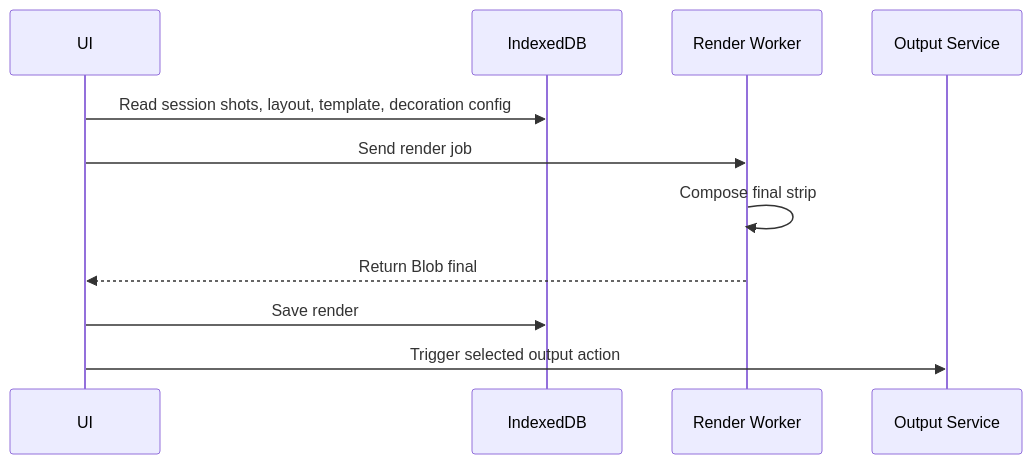
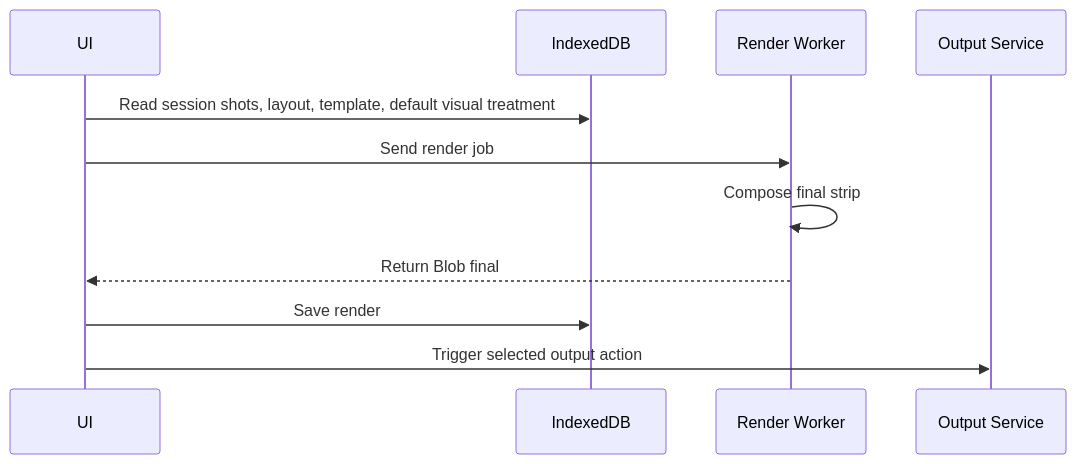
Before and after one commit to kungfufafa/SteCute: the fifth of 5 diagrams in docs/stecute-technical-design.md, drawn with Mermaid. The commit also changed other lines of this file and 55 other files, not shown here.

````diff
--- a/docs/stecute-technical-design.md
+++ b/docs/stecute-technical-design.md
@@ -598,14 +608,14 @@
 ```mermaid
 sequenceDiagram
     participant UI as UI
     participant DB as IndexedDB
     participant RW as Render Worker
     participant OUT as Output Service
 
-    UI->>DB: Read session shots, layout, template, decoration config
+    UI->>DB: Read session shots, layout, template, default visual treatment
     UI->>RW: Send render job
     RW->>RW: Compose final strip
     RW-->>UI: Return Blob final
     UI->>DB: Save render
     UI->>OUT: Trigger selected output action
 ```
````
